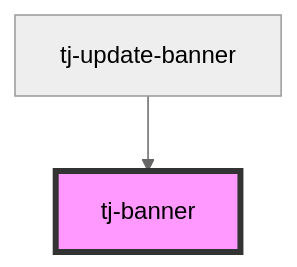
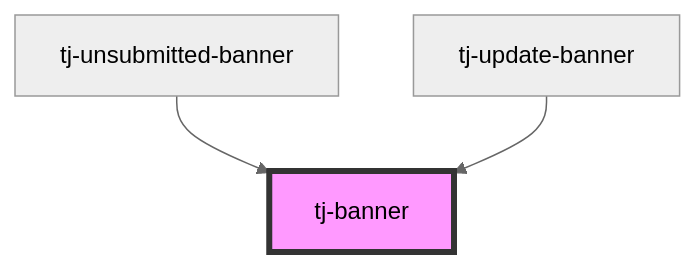
One commit to davids-ensemble/tj-jira-panel changed the diagram in src/components/tj-jira-panel/components/banner/readme.md. Above: the diagram before and after it, drawn with Mermaid (neutral theme). The commit also changed other lines of this file and 8 other files, not shown here.

Commit message:
refactor: change unsubmitted banner to use tj-banner

````diff
--- a/src/components/tj-jira-panel/components/banner/readme.md
+++ b/src/components/tj-jira-panel/components/banner/readme.md
@@ -15,5 +16,6 @@
 ```mermaid
 graph TD;
+  tj-unsubmitted-banner --> tj-banner
   tj-update-banner --> tj-banner
   style tj-banner fill:#f9f,stroke:#333,stroke-width:4px
 ```
````
